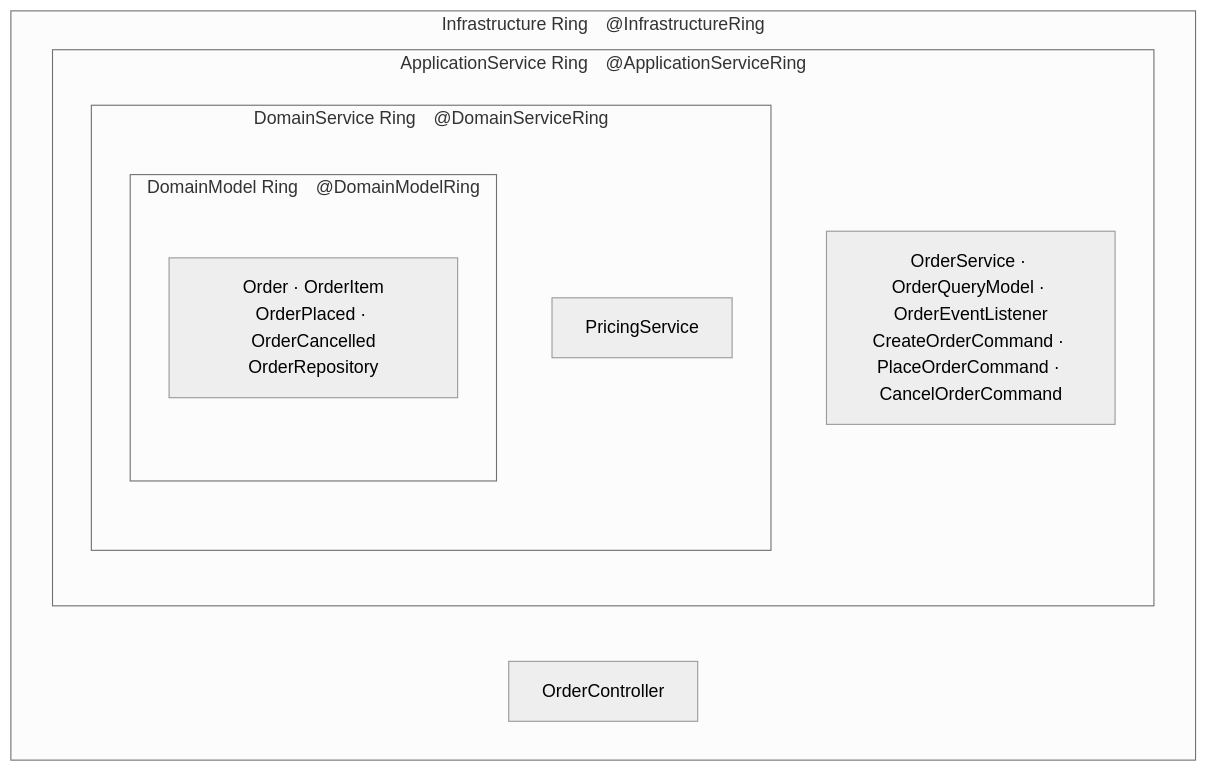
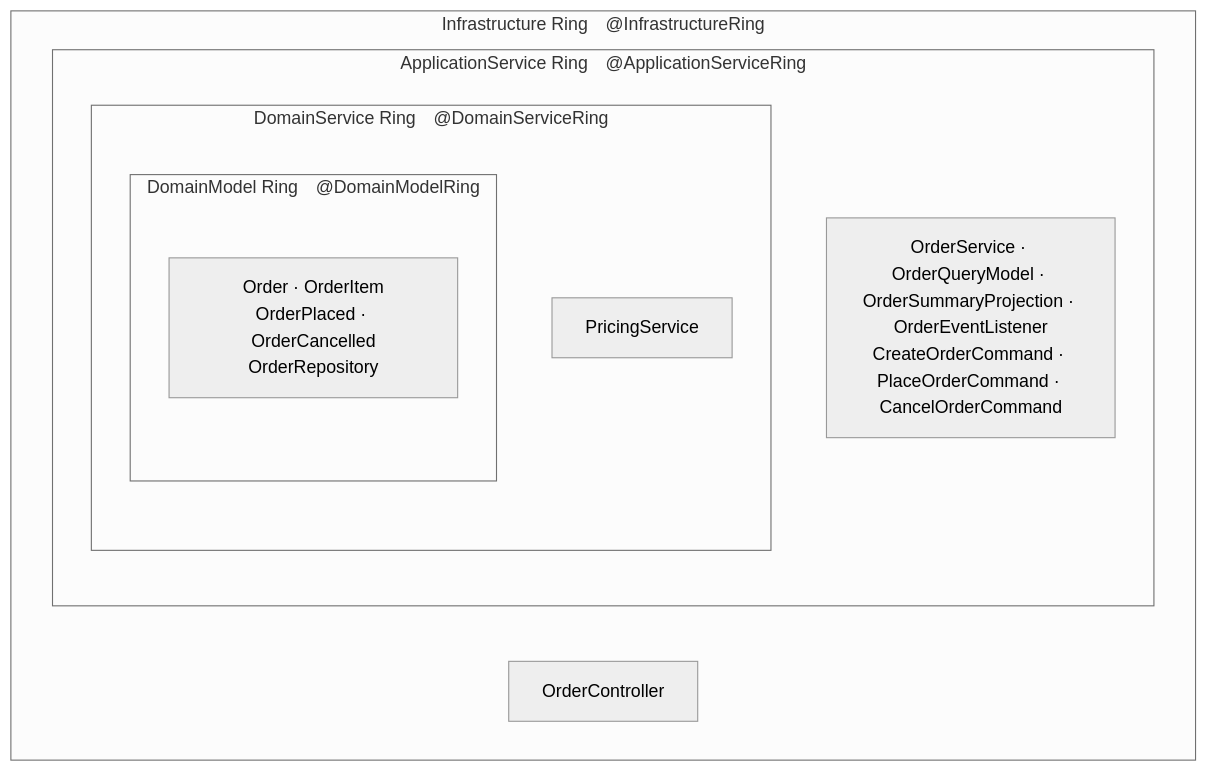
The diagram in docs/04-onion-impl.md (jimmy0301/Jmolecues-Demo), drawn with Mermaid (neutral theme) before and after one commit. The commit also changed other lines of this file and 10 other files, not shown here.

````diff
--- a/docs/04-onion-impl.md
+++ b/docs/04-onion-impl.md
@@ -24,15 +24,15 @@
 ```mermaid
 graph TD
     subgraph infra["Infrastructure Ring　@InfrastructureRing"]
         subgraph app["ApplicationService Ring　@ApplicationServiceRing"]
             subgraph ds["DomainService Ring　@DomainServiceRing"]
                 subgraph dm["DomainModel Ring　@DomainModelRing"]
                     D["Order · OrderItem\nOrderPlaced · OrderCancelled\nOrderRepository"]
                 end
                 S["PricingService"]
             end
-            A["OrderService · OrderQueryModel · OrderEventListener\nCreateOrderCommand · PlaceOrderCommand · CancelOrderCommand"]
+            A["OrderService · OrderQueryModel · OrderSummaryProjection · OrderEventListener\nCreateOrderCommand · PlaceOrderCommand · CancelOrderCommand"]
         end
         I["OrderController"]
     end
 ```
````
